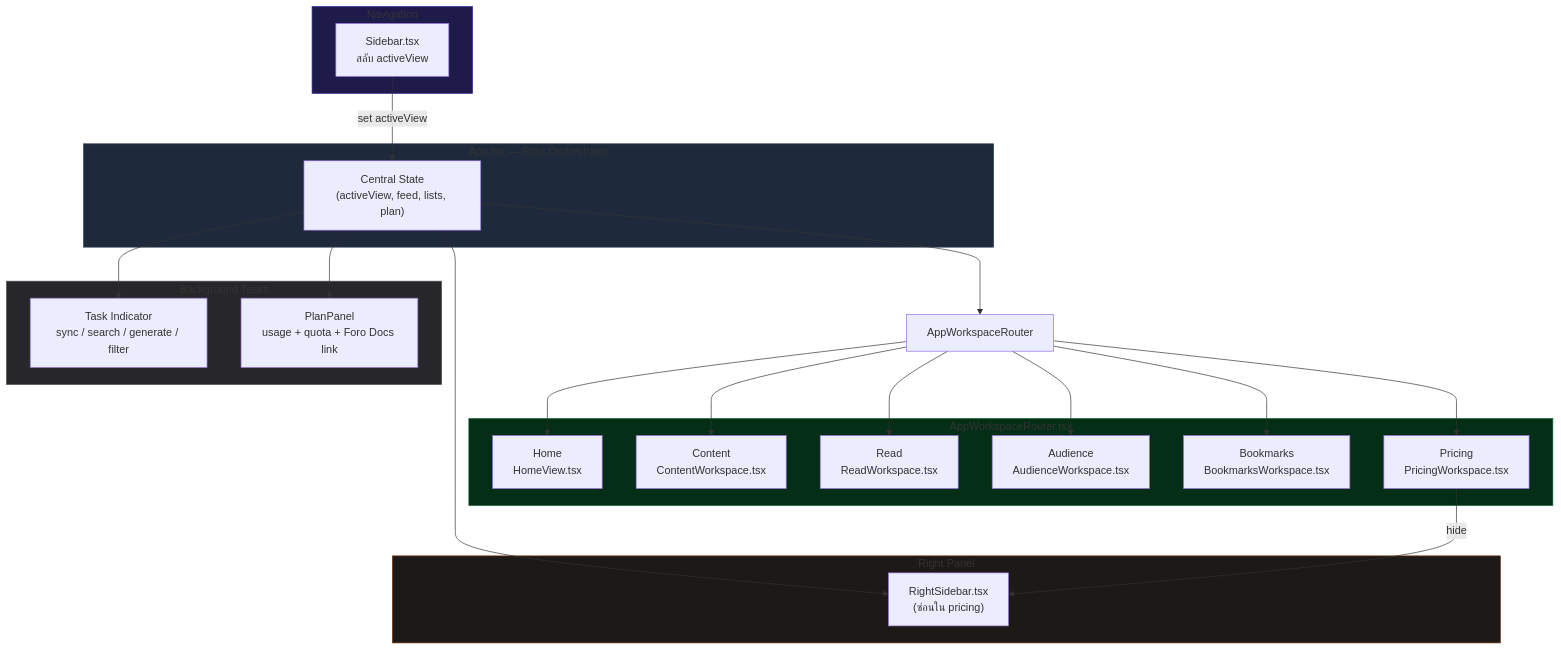
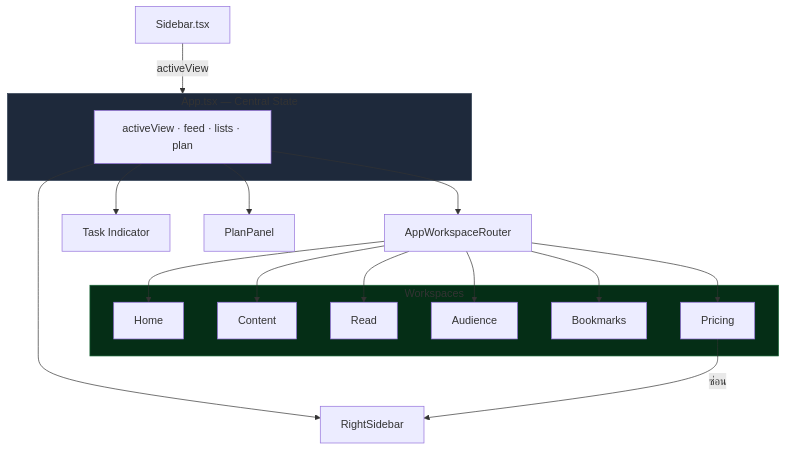
One commit to thefogusz/test changed the diagram in docs/features/app-shell.md. Above: the diagram before and after it, drawn with Mermaid. The commit also changed other lines of this file and 10 other files, not shown here.

First line of the commit message:
Translate all English docs to Thai + fix diagram readability

````diff
--- a/docs/features/app-shell.md
+++ b/docs/features/app-shell.md
@@ -9,42 +9,28 @@
 ```mermaid
 flowchart TD
-    subgraph Shell["App.tsx — Root Orchestrator"]
-        STATE["Central State\n(activeView, feed, lists, plan)"]
+    SIDEBAR[Sidebar.tsx] -- activeView --> APP
+
+    subgraph APP["App.tsx — Central State"]
+        STATE[activeView · feed · lists · plan]
     end
 
-    subgraph Nav["Navigation"]
-        SIDEBAR["Sidebar.tsx\nสลับ activeView"]
+    STATE --> ROUTER[AppWorkspaceRouter]
+    STATE --> RSIDEBAR[RightSidebar]
+    STATE --> TASKS[Task Indicator]
+    STATE --> PLAN[PlanPanel]
+
+    subgraph VIEWS["Workspaces"]
+        HOME[Home]
+        CONTENT[Content]
+        READ[Read]
+        AUDIENCE[Audience]
+        BOOKMARKS[Bookmarks]
+        PRICING[Pricing]
     end
 
-    subgraph Workspaces["AppWorkspaceRouter.tsx"]
-        HOME["Home\nHomeView.tsx"]
-        CONTENT["Content\nContentWorkspace.tsx"]
-        READ["Read\nReadWorkspace.tsx"]
-        AUDIENCE["Audience\nAudienceWorkspace.tsx"]
-        BOOKMARKS["Bookmarks\nBookmarksWorkspace.tsx"]
-        PRICING["Pricing\nPricingWorkspace.tsx"]
-    end
+    ROUTER --> HOME & CONTENT & READ & AUDIENCE & BOOKMARKS & PRICING
+    PRICING -- ซ่อน --> RSIDEBAR
 
-    subgraph RightPanel["Right Panel"]
-        RSIDEBAR["RightSidebar.tsx\n(ซ่อนใน pricing)"]
-    end
-
-    subgraph Status["Background Tasks"]
-        INDICATOR["Task Indicator\nsync / search / generate / filter"]
-        PLAN["PlanPanel\nusage + quota + Foro Docs link"]
-    end
-
-    SIDEBAR -- "set activeView" --> STATE
-    STATE --> AppWorkspaceRouter
-    AppWorkspaceRouter --> HOME & CONTENT & READ & AUDIENCE & BOOKMARKS & PRICING
-    STATE --> RSIDEBAR
-    PRICING -- "hide" --> RSIDEBAR
-    STATE --> INDICATOR
-    STATE --> PLAN
-
-    style Shell fill:#1e293b,stroke:#334155
-    style Nav fill:#1e1b4b,stroke:#3730a3
-    style Workspaces fill:#052e16,stroke:#166534
-    style RightPanel fill:#1c1917,stroke:#78350f
-    style Status fill:#27272a,stroke:#52525b
+    style APP fill:#1e293b,stroke:#334155
+    style VIEWS fill:#052e16,stroke:#166534
 ```
````
